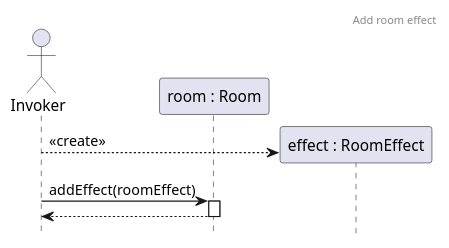
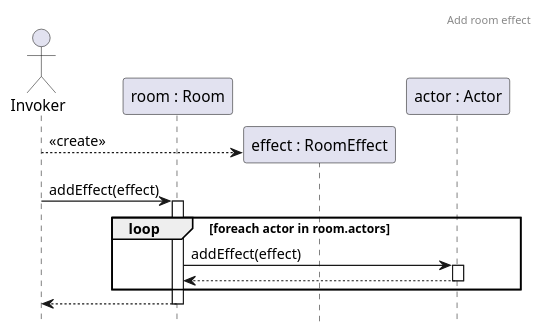
Before and after one commit to Kristof-me/Logarlec: the diagram in docs/sequence/effect/AddRoomEffect.puml, drawn with PlantUML. The commit also changed 4 other files, not shown here.

Commit message:
Checked Sequence 06-12

```diff
--- a/docs/sequence/effect/AddRoomEffect.puml
+++ b/docs/sequence/effect/AddRoomEffect.puml
@@ -1,14 +1,22 @@
 @startuml AddRoomEffect
 header Add room effect
 hide footbox
 
 Actor Actor as "Invoker"
 participant Room as "room : Room"
 create RoomEffect as "effect : RoomEffect"
 
 Actor --> RoomEffect: <<create>>
-Actor -> Room++: addEffect(roomEffect)
+
+participant A as "actor : Actor"
+
+Actor -> Room++: addEffect(effect)
+loop foreach actor in room.actors
+    Room -> A ++: addEffect(effect)
+    return    
+end
+
 return
 
 
 @enduml
```
